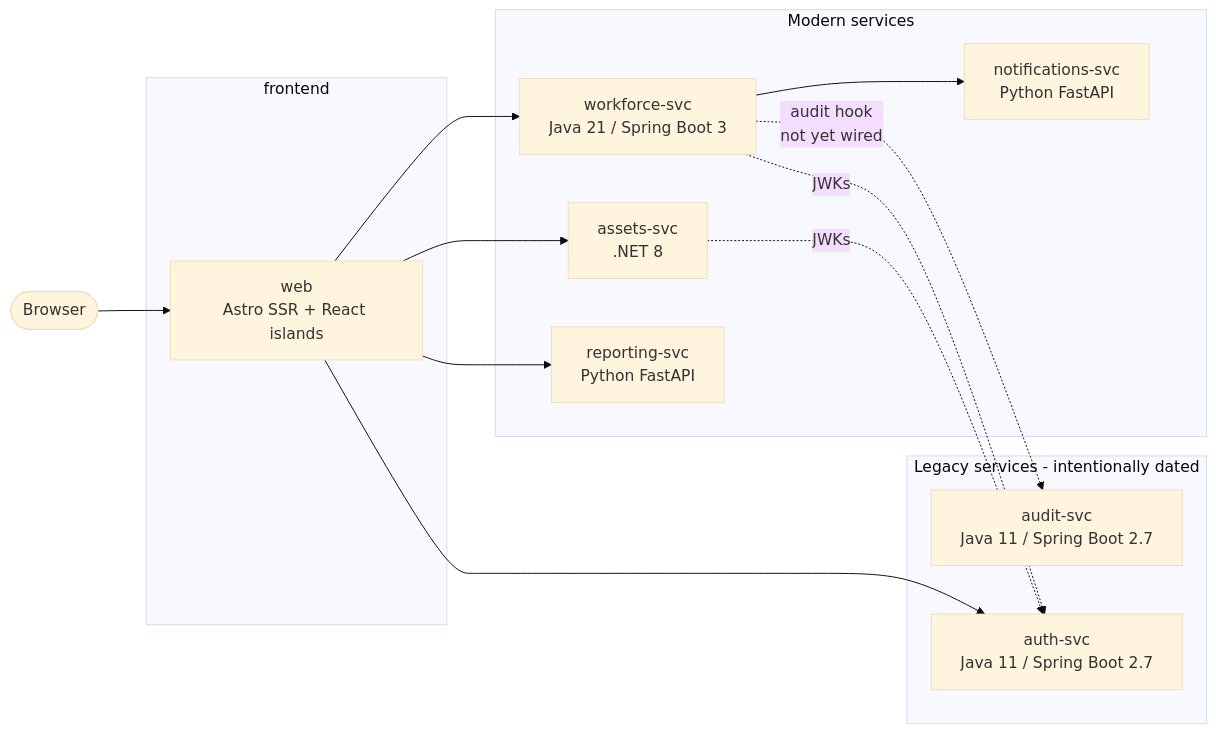
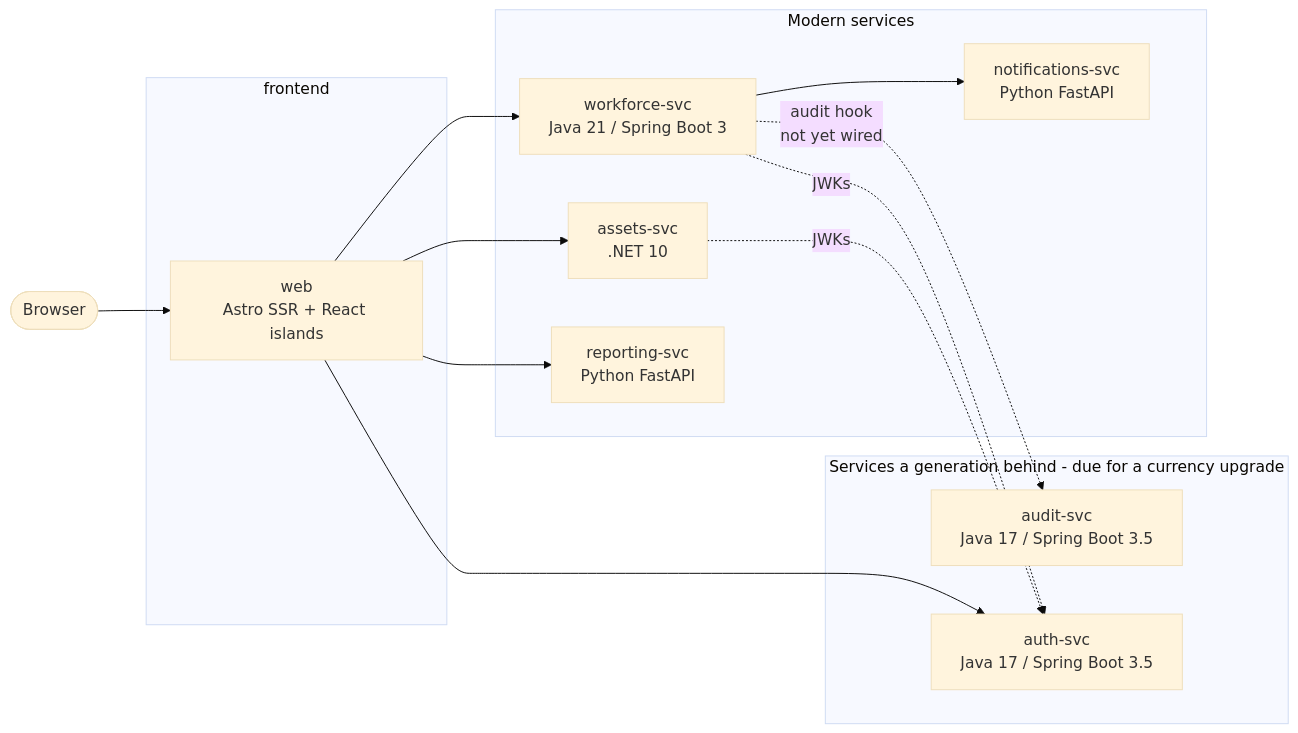
Before and after one commit to GeekTrainer/legacy-app: the diagram in README.md, drawn with Mermaid (base theme). The commit also changed other lines of this file and 21 other files, not shown here.

First line of the commit message:
chore(base): pristine ACC app baseline C (net10 assets-svc + Boot 3.5.16/Java17 Java services)

````diff
--- a/README.md
+++ b/README.md
@@ -7,29 +7,29 @@
 ```mermaid
 flowchart LR
     browser([Browser]) --> web
 
     subgraph frontend
       web[web<br/>Astro SSR + React islands]
     end
 
     subgraph modern[Modern services]
-      assets[assets-svc<br/>.NET 8]
+      assets[assets-svc<br/>.NET 10]
       workforce[workforce-svc<br/>Java 21 / Spring Boot 3]
       reporting[reporting-svc<br/>Python FastAPI]
       notifications[notifications-svc<br/>Python FastAPI]
     end
 
-    subgraph legacy[Legacy services - intentionally dated]
-      audit[audit-svc<br/>Java 11 / Spring Boot 2.7]
-      auth[auth-svc<br/>Java 11 / Spring Boot 2.7]
+    subgraph behind[Services a generation behind - due for a currency upgrade]
+      audit[audit-svc<br/>Java 17 / Spring Boot 3.5]
+      auth[auth-svc<br/>Java 17 / Spring Boot 3.5]
     end
 
     web --> assets
     web --> workforce
     web --> reporting
     web --> auth
     workforce -.audit hook<br/>not yet wired.-> audit
     workforce --> notifications
     assets -.JWKs.-> auth
     workforce -.JWKs.-> auth
 ```
````
